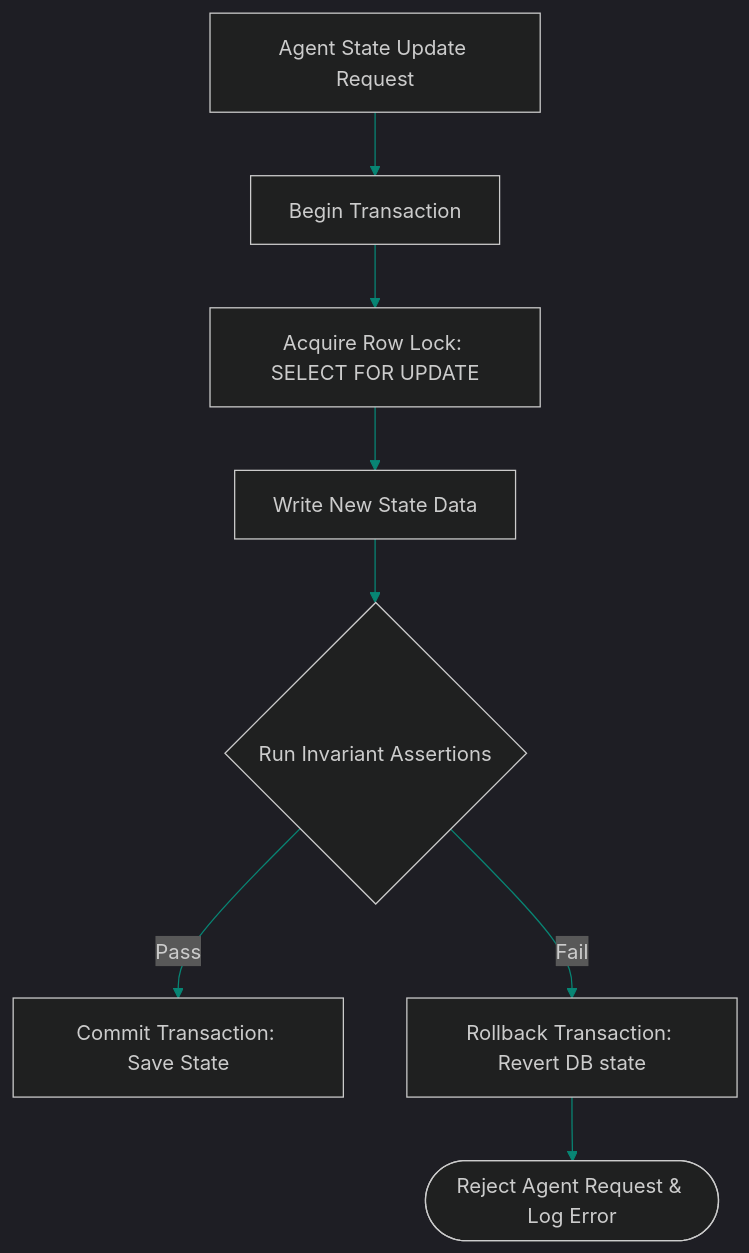
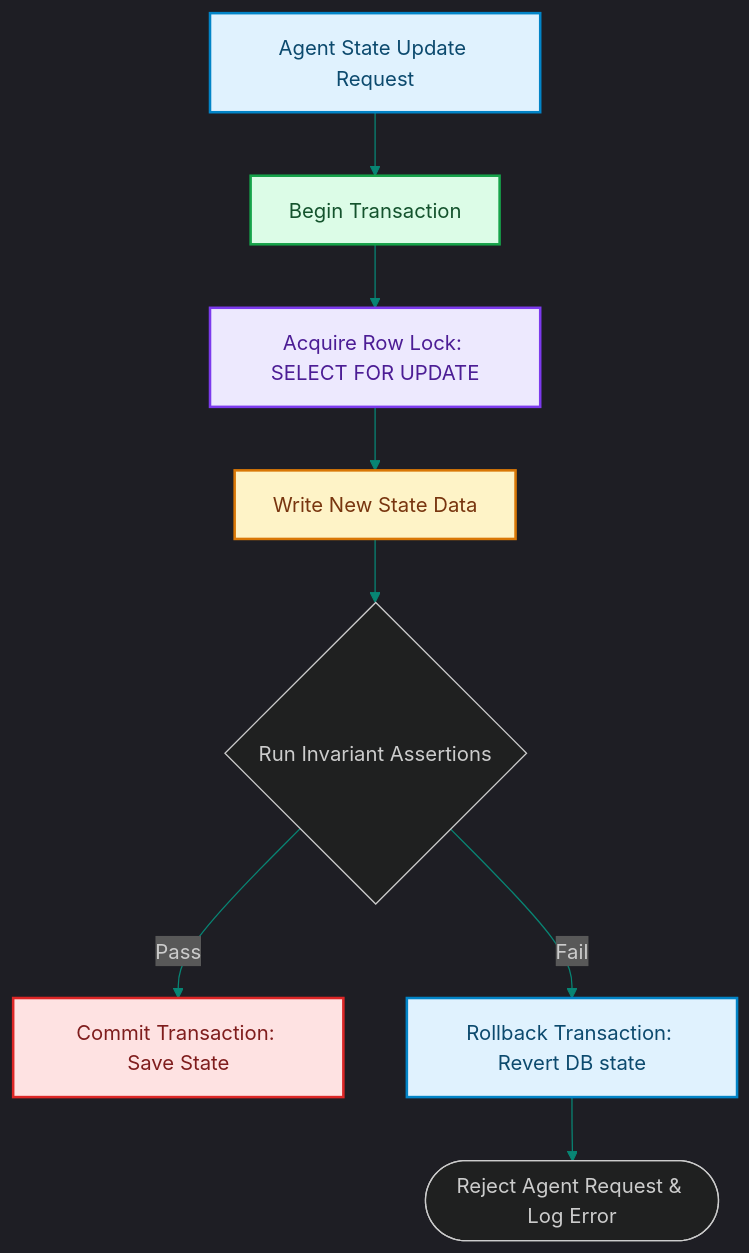
The diagram in blog/posts/system-design-state-invariants-logic-assertions.md (akmalkhaniub/akmalkhaniub.github.io), drawn with Mermaid before and after one commit. The commit also changed other lines of this file and 1291 other files, not shown here.

First line of the commit message:
feat(catalog): unique covers, scholarly references, and diagram palettes

````diff
--- a/blog/posts/system-design-state-invariants-logic-assertions.md
+++ b/blog/posts/system-design-state-invariants-logic-assertions.md
@@ -17,13 +17,24 @@
 ```mermaid
 %%{init: {'theme': 'dark', 'themeVariables': { 'primaryColor': '#088574', 'primaryTextColor': '#f3f4f6', 'primaryBorderColor': '#0db49b', 'lineColor': '#088574', 'secondaryColor': '#111827', 'tertiaryColor': '#0b0f19'}}}%%
 flowchart TD
-    Agent[Agent State Update Request] --> Begin[Begin Transaction]
-    Begin --> Select[Acquire Row Lock: SELECT FOR UPDATE]
-    Select --> Write[Write New State Data]
+    Agent["Agent State Update Request"] --> Begin["Begin Transaction"]
+    Begin --> Select["Acquire Row Lock: SELECT FOR UPDATE"]
+    Select --> Write["Write New State Data"]
     Write --> InvariantCheck{Run Invariant Assertions}
     
-    InvariantCheck -->|Pass| Commit[Commit Transaction: Save State]
-    InvariantCheck -->|Fail| Rollback[Rollback Transaction: Revert DB state]
+    InvariantCheck -->|Pass| Commit["Commit Transaction: Save State"]
+    InvariantCheck -->|Fail| Rollback["Rollback Transaction: Revert DB state"]
     
     Rollback --> Reject([Reject Agent Request & Log Error])
+
+classDef green fill:#dcfce7,stroke:#16a34a,stroke-width:2px,color:#14532d;
+classDef red fill:#fee2e2,stroke:#dc2626,stroke-width:2px,color:#7f1d1d;
+classDef blue fill:#e0f2fe,stroke:#0284c7,stroke-width:2px,color:#0c4a6e;
+classDef yellow fill:#fef3c7,stroke:#d97706,stroke-width:2px,color:#78350f;
+classDef purple fill:#ede9fe,stroke:#7c3aed,stroke-width:2px,color:#4c1d95;
+class Agent,Rollback blue
+class Begin green
+class Select purple
+class Write yellow
+class Commit red
 ```
````
